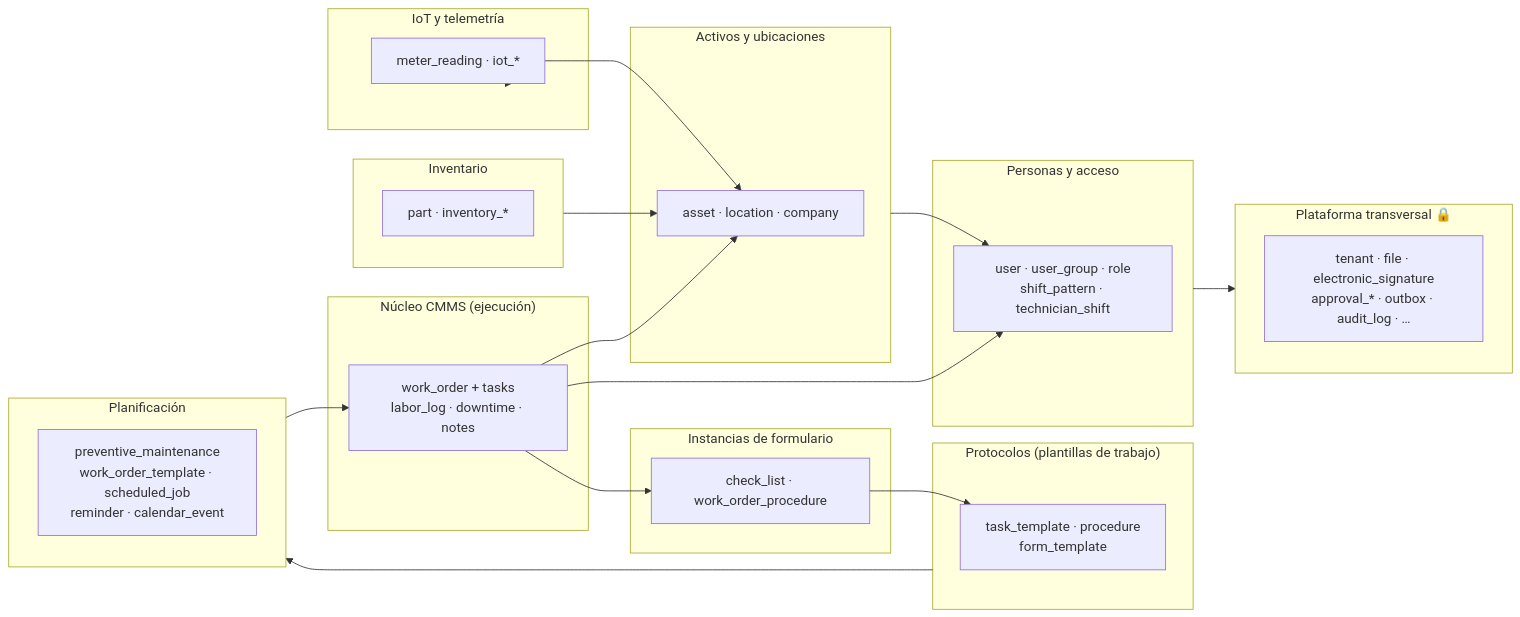
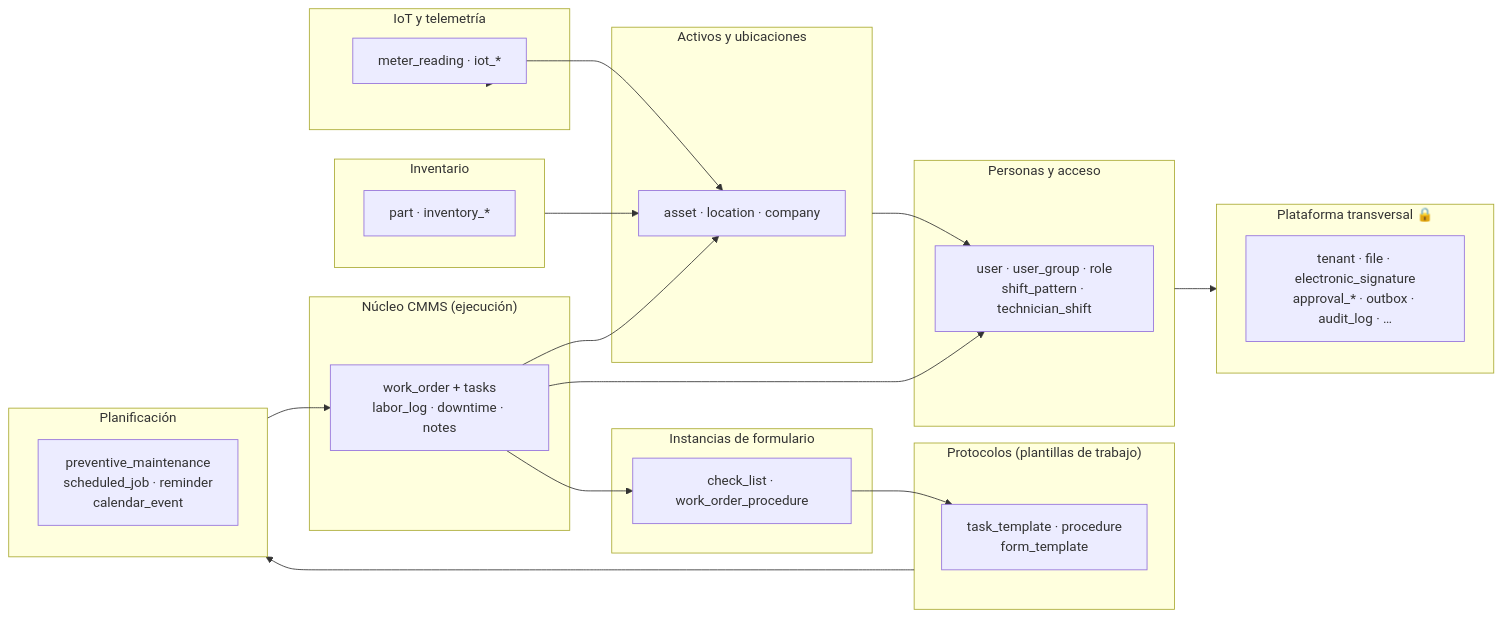
The first of 5 diagrams in docs/reference/diagrama-modelo-datos.md (metritechnology/metri-engine), drawn with Mermaid before and after one commit. The commit also changed other lines of this file and 12 other files, not shown here.

First line of the commit message:
refactor(modelos): consolidación del dominio work_order

````diff
--- a/docs/reference/diagrama-modelo-datos.md
+++ b/docs/reference/diagrama-modelo-datos.md
@@ -24,42 +24,42 @@
 ```mermaid
 flowchart LR
     subgraph CMMS["Núcleo CMMS (ejecución)"]
         WO["work_order + tasks<br/>labor_log · downtime · notes"]
     end
     subgraph PLAN["Planificación"]
-        PM["preventive_maintenance<br/>work_order_template · scheduled_job<br/>reminder · calendar_event"]
+        PM["preventive_maintenance<br/>scheduled_job · reminder<br/>calendar_event"]
     end
     subgraph PROT["Protocolos (plantillas de trabajo)"]
         TT["task_template · procedure<br/>form_template"]
     end
     subgraph EXEC["Instancias de formulario"]
         CL["check_list · work_order_procedure"]
     end
     subgraph ACT["Activos y ubicaciones"]
         AS["asset · location · company"]
     end
     subgraph INV["Inventario"]
         PART["part · inventory_*"]
     end
     subgraph IOT["IoT y telemetría"]
         METER["meter_reading · iot_*"]
     end
     subgraph PEOPLE["Personas y acceso"]
         U["user · user_group · role<br/>shift_pattern · technician_shift"]
     end
     subgraph PLAT["Plataforma transversal 🔒"]
         PF["tenant · file · electronic_signature<br/>approval_* · outbox · audit_log · …"]
     end
 
     WO --> AS
     WO --> U
     WO --> CL
     CL --> TT
     PLAN --> WO
     PROT --> PLAN
     METER --> AS
     INV --> AS
     IOT --> METER
     ACT --> U
     PEOPLE --> PLAT
 ```
````
